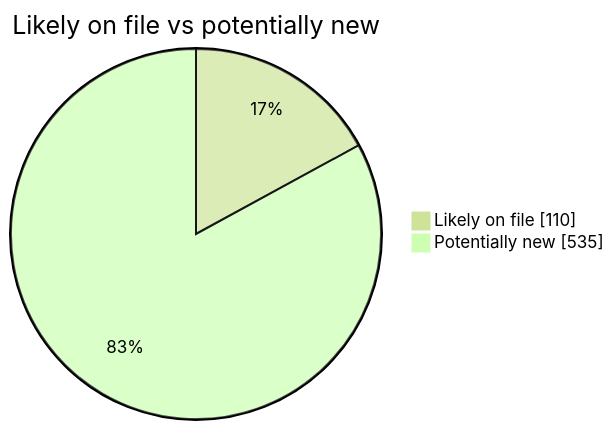
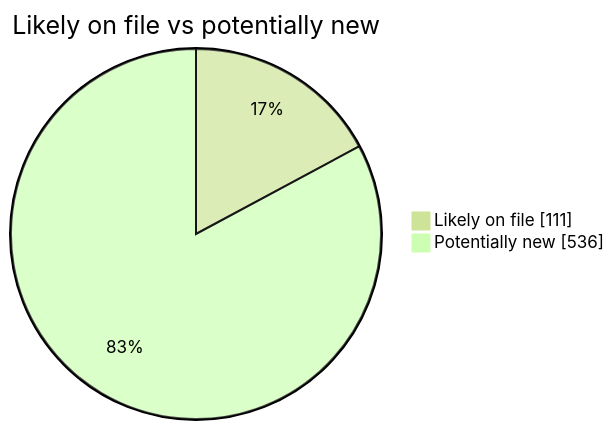
The second of 4 diagrams in README.md (martinbalfanz/social-scanner-reports), drawn with Mermaid (forest theme) before and after one commit. The commit also changed other lines of this file and 4 other files, not shown here.

````diff
--- a/README.md
+++ b/README.md
@@ -40,5 +40,5 @@
 ```mermaid
 pie showData title Likely on file vs potentially new
-    "Likely on file" : 110
-    "Potentially new" : 535
+    "Likely on file" : 111
+    "Potentially new" : 536
 ```
````
